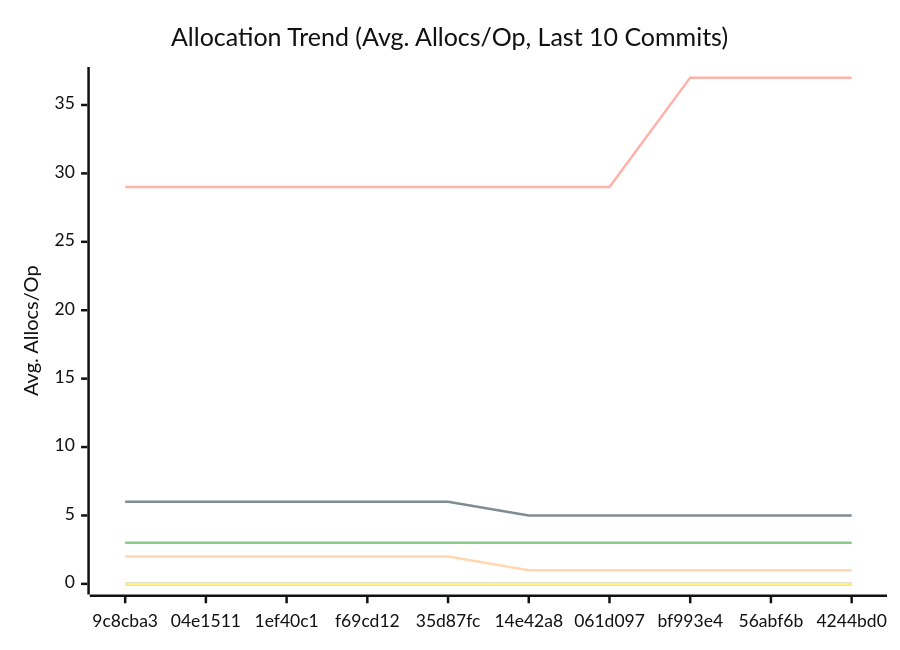
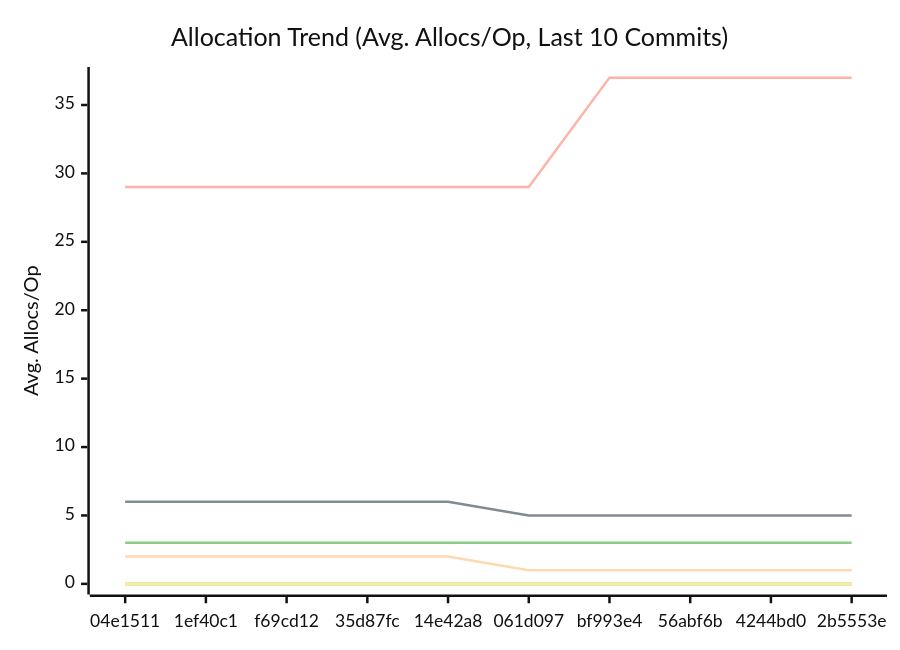
The third of 3 diagrams in docs/PERFORMANCE.md (alsotoes/momo), drawn with Mermaid (neutral theme) before and after one commit. The commit also changed other lines of this file and 3 other files, not shown here.

````diff
--- a/docs/PERFORMANCE.md
+++ b/docs/PERFORMANCE.md
@@ -114,16 +114,16 @@
 ```mermaid
 xychart-beta
     title "Allocation Trend (Avg. Allocs/Op, Last 10 Commits)"
     x-axis "Commit"
     y-axis "Avg. Allocs/Op"
-    x-axis [9c8cba3,04e1511,1ef40c1,f69cd12,35d87fc,14e42a8,061d097,bf993e4,56abf6b,4244bd0]
+    x-axis [04e1511,1ef40c1,f69cd12,35d87fc,14e42a8,061d097,bf993e4,56abf6b,4244bd0,2b5553e]
     line "CheckMetricsAndSwap" [0,0,0,0,0,0,0,0,0,0]
     line "CrushOptimized" [0,0,0,0,0,0,0,0,0,0]
     line "CrushOriginal" [3,3,3,3,3,3,3,3,3,3]
     line "IndexDirectTracking" [0,0,0,0,0,0,0,0,0,0]
     line "IndexSearch" [0,0,0,0,0,0,0,0,0,0]
-    line "LoadGlobalConfig" [29,29,29,29,29,29,29,37,37,37]
+    line "LoadGlobalConfig" [29,29,29,29,29,29,37,37,37,37]
     line "PadString" [0,0,0,0,0,0,0,0,0,0]
     line "ParseReplicationOrder_NoPrealloc" [6,6,6,6,6,5,5,5,5,5]
     line "ParseReplicationOrder_Prealloc" [2,2,2,2,2,1,1,1,1,1]
 ```
````
